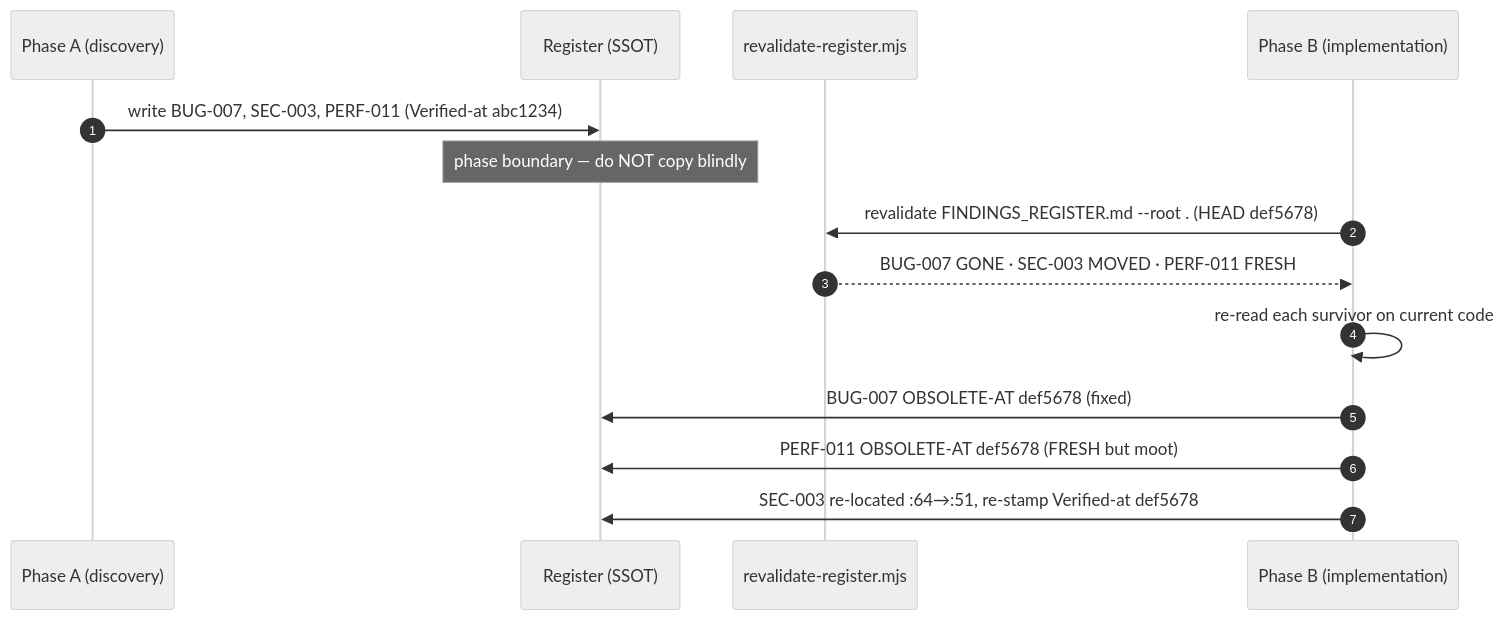
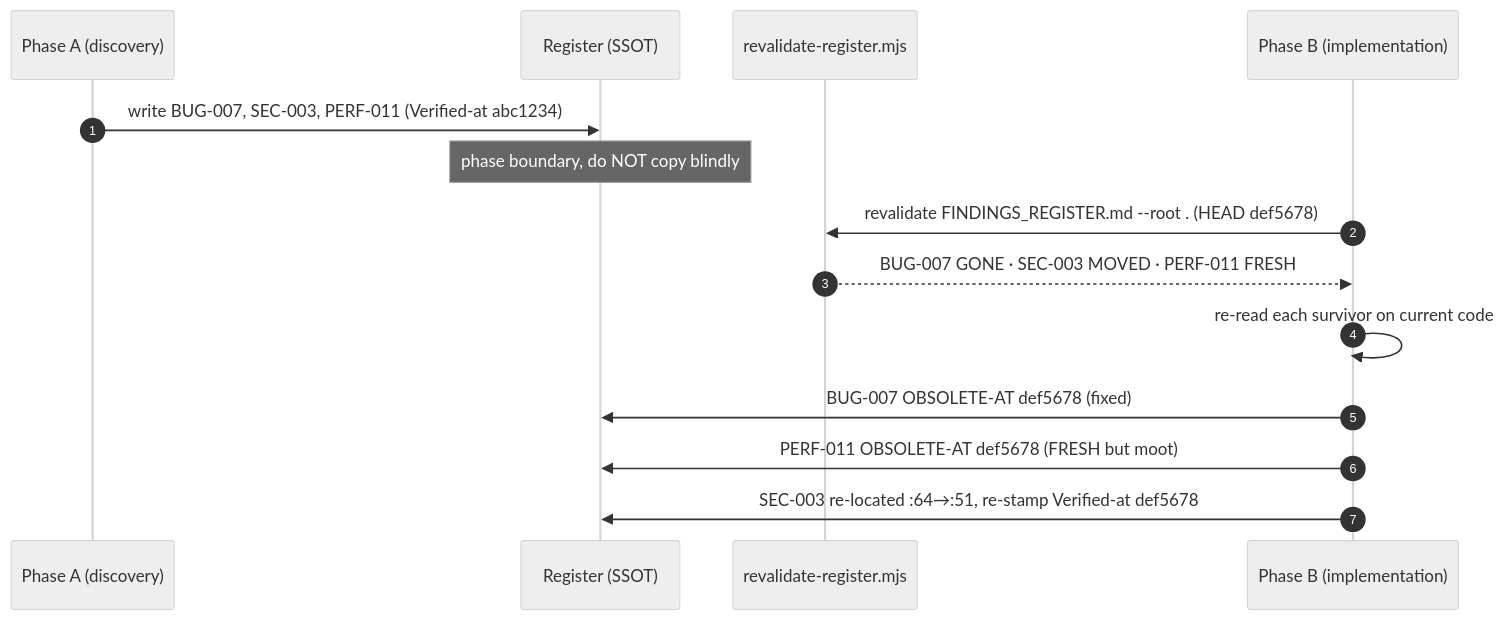
Before and after one commit to skylarsabo/code-ops: the diagram in code-ops-docs/40 Engineering/Techniques/register-carry-forward.md, drawn with Mermaid (neutral theme). The commit also changed other lines of this file and 56 other files, not shown here.

````diff
--- a/code-ops-docs/40 Engineering/Techniques/register-carry-forward.md
+++ b/code-ops-docs/40 Engineering/Techniques/register-carry-forward.md
@@ -127,17 +160,17 @@
 ```mermaid
 sequenceDiagram
     autonumber
     participant A as Phase A (discovery)
     participant Reg as Register (SSOT)
     participant Rev as revalidate-register.mjs
     participant B as Phase B (implementation)
 
     A->>Reg: write BUG-007, SEC-003, PERF-011 (Verified-at abc1234)
-    Note over Reg: phase boundary — do NOT copy blindly
+    Note over Reg: phase boundary, do NOT copy blindly
     B->>Rev: revalidate FINDINGS_REGISTER.md --root .  (HEAD def5678)
     Rev-->>B: BUG-007 GONE · SEC-003 MOVED · PERF-011 FRESH
     B->>B: re-read each survivor on current code
     B->>Reg: BUG-007 OBSOLETE-AT def5678 (fixed)
     B->>Reg: PERF-011 OBSOLETE-AT def5678 (FRESH but moot)
     B->>Reg: SEC-003 re-located :64→:51, re-stamp Verified-at def5678
 ```
````
